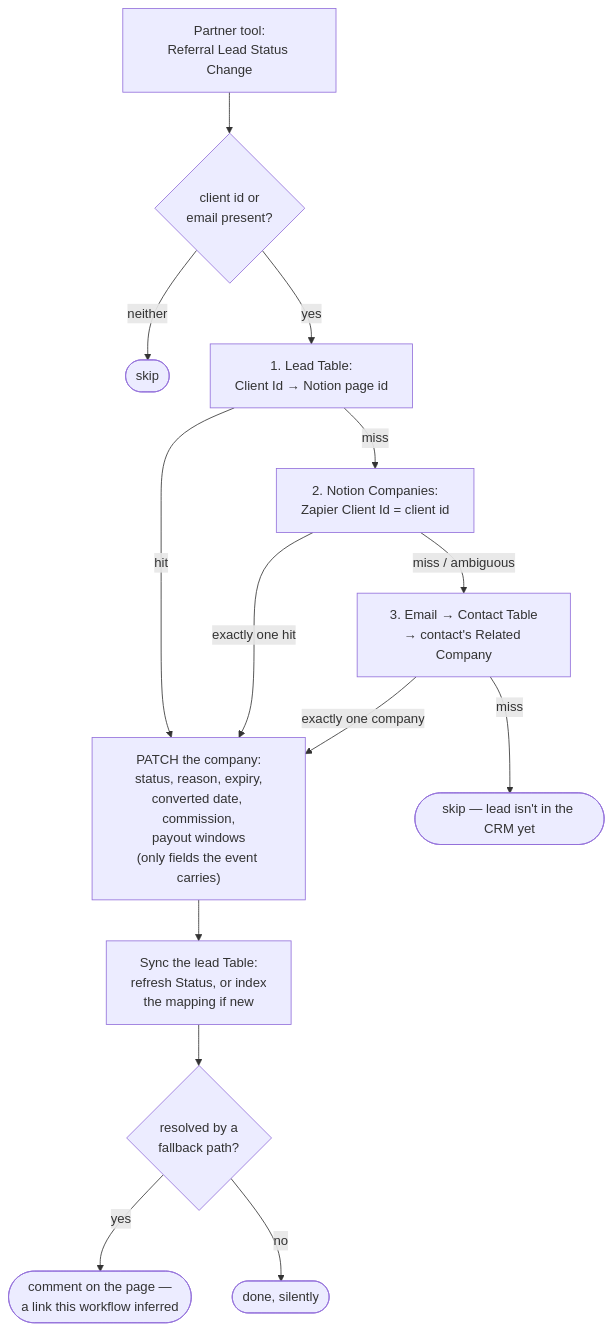
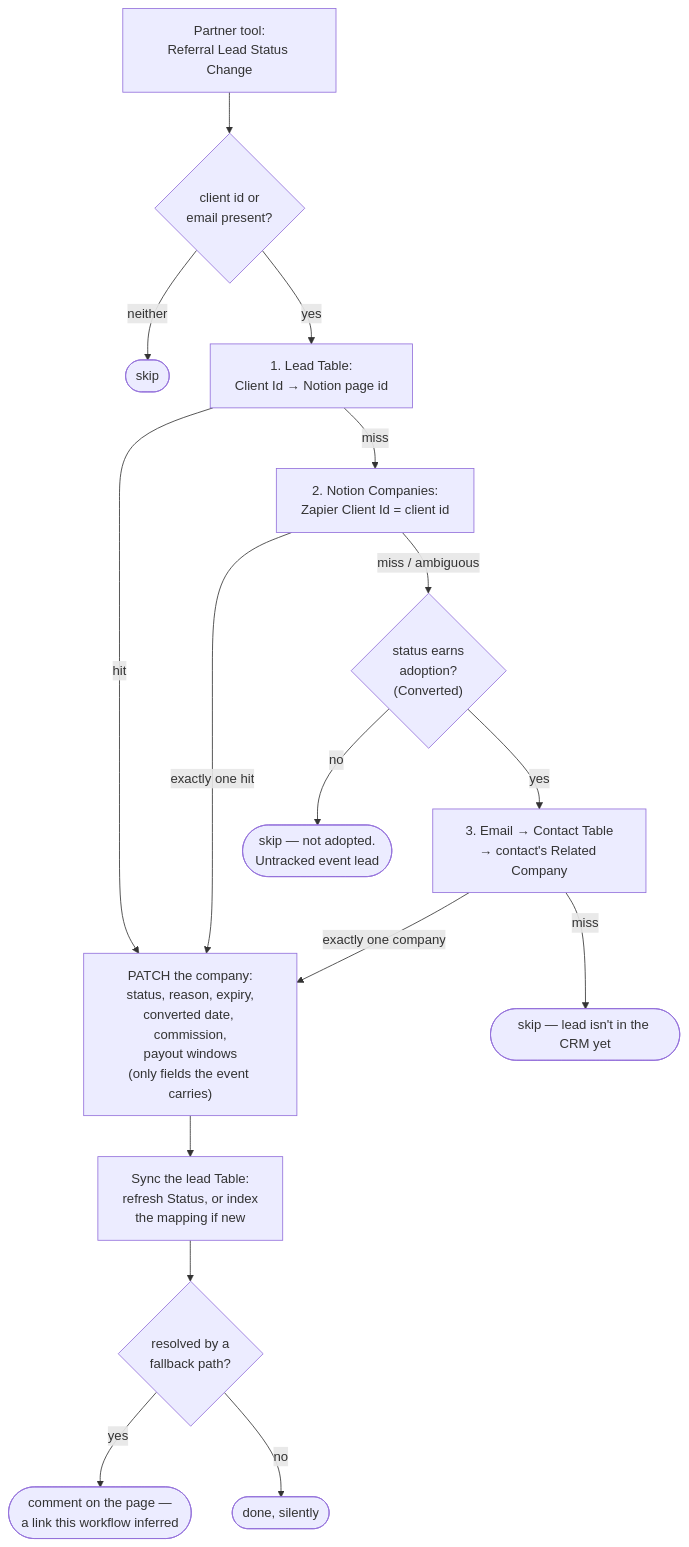
Before and after one commit to work-flowers/zapier-sdk: the diagram in zapier-partner-lead-status-to-notion/README.md, drawn with Mermaid. The commit also changed other lines of this file and 4 other files, not shown here.

````diff
--- a/zapier-partner-lead-status-to-notion/README.md
+++ b/zapier-partner-lead-status-to-notion/README.md
@@ -11,17 +11,19 @@
 ```mermaid
 flowchart TD
     A["Partner tool:<br/>Referral Lead Status Change"] --> B{"client id or<br/>email present?"}
     B -- neither --> Z0(["skip"])
     B -- yes --> C["1. Lead Table:<br/>Client Id → Notion page id"]
     C -- hit --> P
     C -- miss --> D["2. Notion Companies:<br/>Zapier Client Id = client id"]
     D -- "exactly one hit" --> P
-    D -- "miss / ambiguous" --> E["3. Email → Contact Table<br/>→ contact's Related Company"]
+    D -- "miss / ambiguous" --> G{"status earns<br/>adoption?<br/>(Converted)"}
+    G -- no --> Z2(["skip — not adopted.<br/>Untracked event lead"])
+    G -- yes --> E["3. Email → Contact Table<br/>→ contact's Related Company"]
     E -- "exactly one company" --> P
     E -- miss --> Z1(["skip — lead isn't in the CRM yet"])
     P["PATCH the company:<br/>status, reason, expiry,<br/>converted date, commission,<br/>payout windows<br/>(only fields the event carries)"]
     P --> Q["Sync the lead Table:<br/>refresh Status, or index<br/>the mapping if new"]
     Q --> R{"resolved by a<br/>fallback path?"}
     R -- yes --> S(["comment on the page —<br/>a link this workflow inferred"])
     R -- no --> T(["done, silently"])
 ```
````
